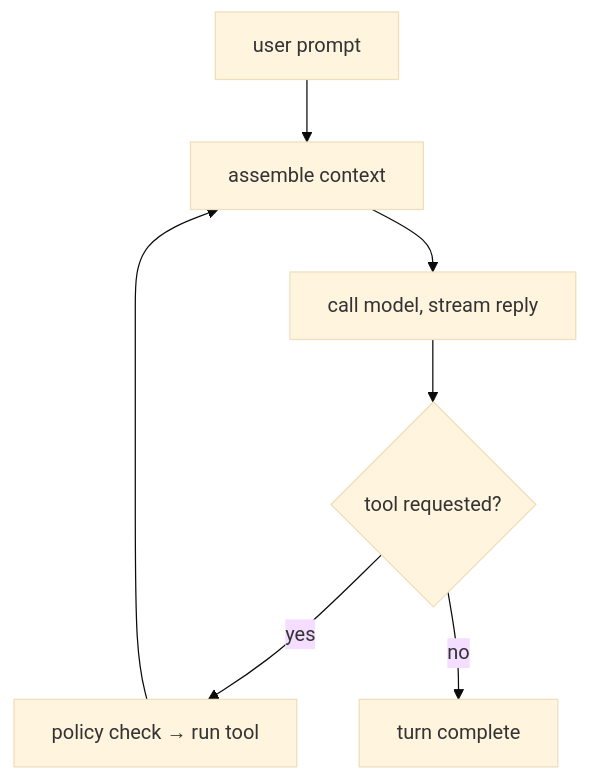
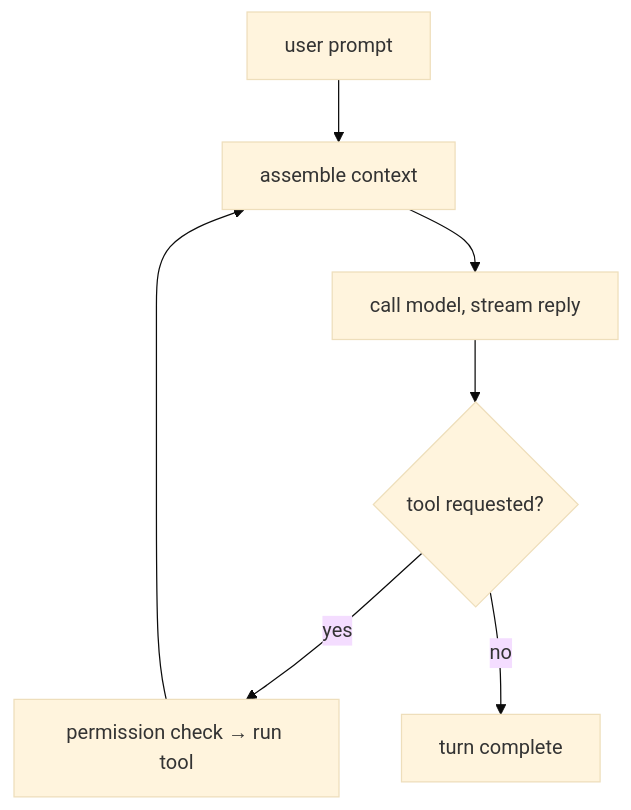
One commit to agentty-xyz/agentty changed the third of 4 diagrams in docs/site/content/docs/architecture/ag-harness-design.md. Above: the diagram before and after it, drawn with Mermaid (base theme). The commit also changed other lines of this file and 11 other files, not shown here.

````diff
--- a/docs/site/content/docs/architecture/ag-harness-design.md
+++ b/docs/site/content/docs/architecture/ag-harness-design.md
@@ -152,9 +169,9 @@
 ```mermaid
 flowchart TD
     A[user prompt] --> B[assemble context]
     B --> C[call model, stream reply]
     C --> D{tool requested?}
-    D -- yes --> E[policy check → run tool]
+    D -- yes --> E[permission check → run tool]
     E --> B
     D -- no --> F[turn complete]
 ```
````
